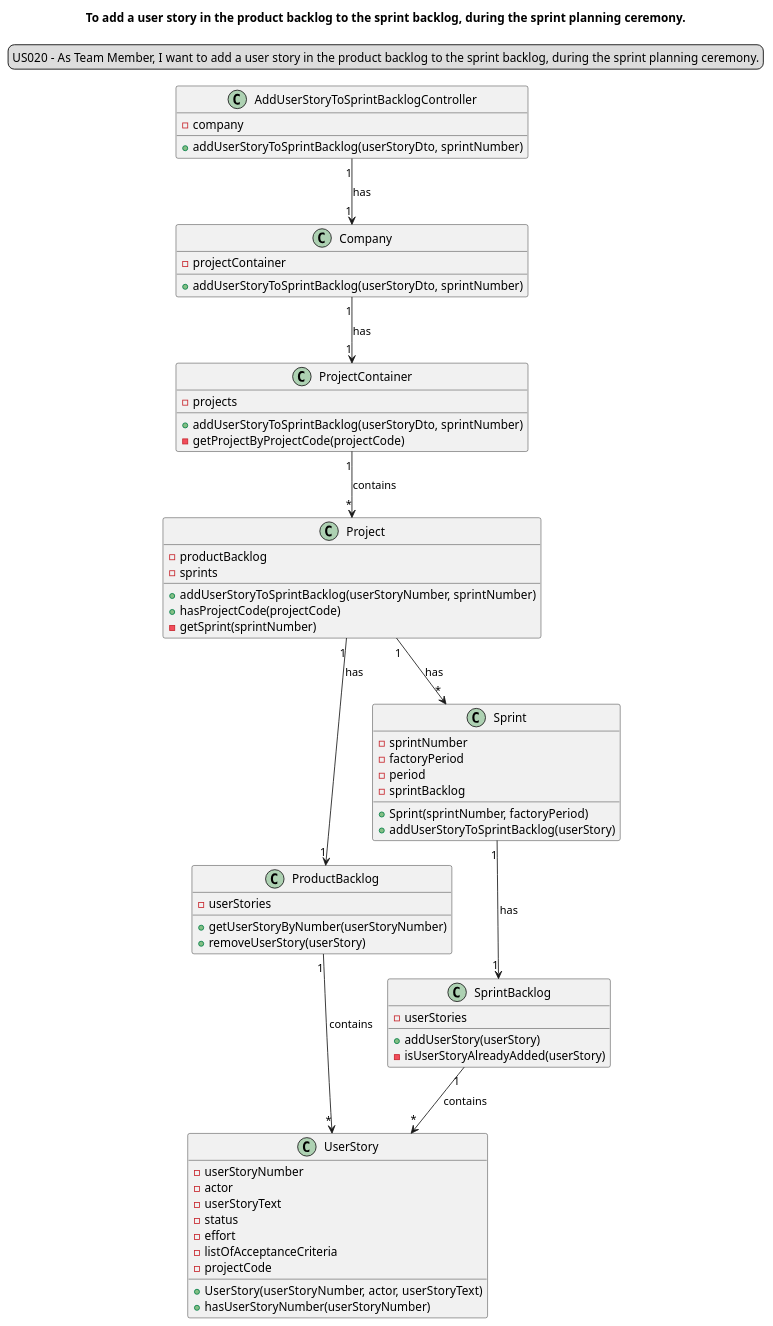
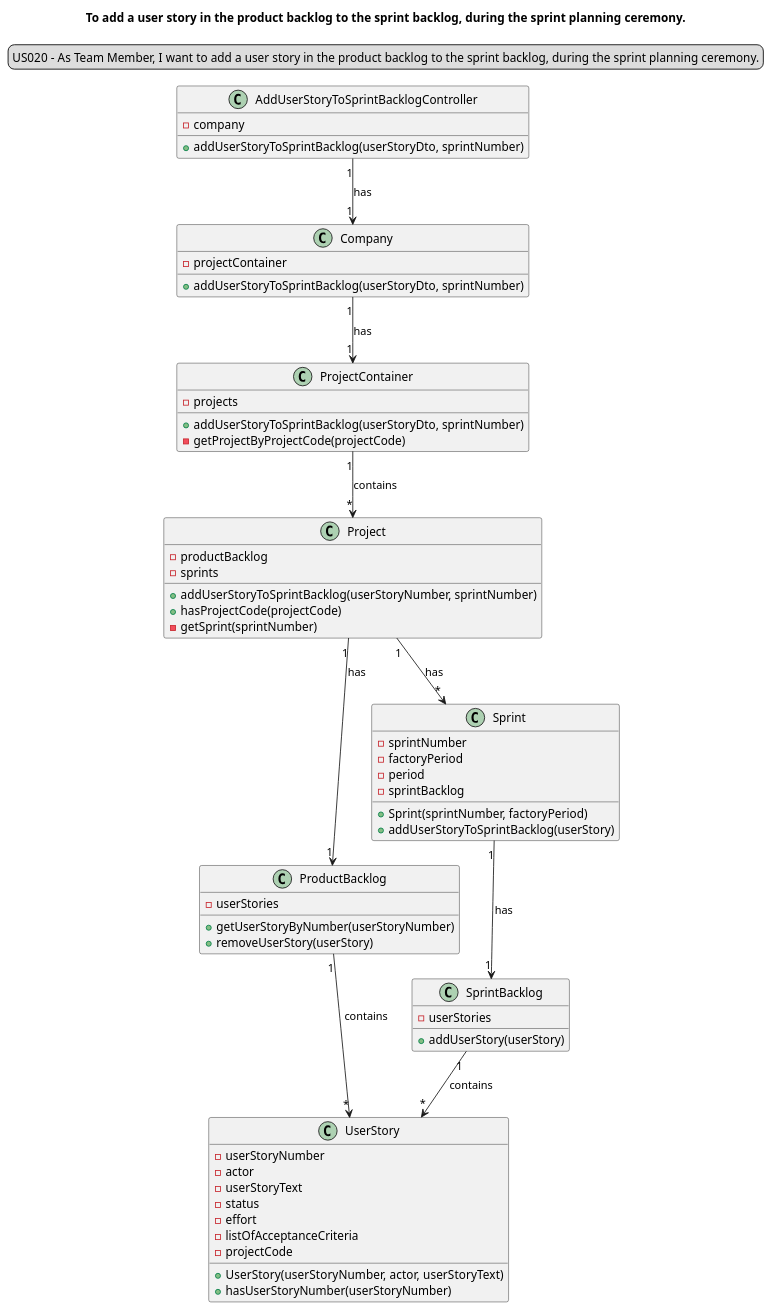
Before and after one commit to Loracline/project_switch_22-23: the diagram in docs/modelling_design/user_stories/sprint03/us020/US020_classDiagram.puml, drawn with PlantUML.

Commit message:
US20: Design : update Class Diagram: removed unused method in SprintBacklog Class. references #103

```diff
--- a/docs/modelling_design/user_stories/sprint03/us020/US020_classDiagram.puml
+++ b/docs/modelling_design/user_stories/sprint03/us020/US020_classDiagram.puml
@@ -1,75 +1,74 @@
 @startuml
 'https://plantuml.com/sequence-diagram
 legend top
 US020 - As Team Member, I want to add a user story in the product backlog to the sprint backlog, during the sprint planning ceremony.
 end legend
 skinparam sequenceMessageAlign center
 title  To add a user story in the product backlog to the sprint backlog, during the sprint planning ceremony.
 
 class "AddUserStoryToSprintBacklogController" {
 - company
 + addUserStoryToSprintBacklog(userStoryDto, sprintNumber)
 }
 
 class "Company" {
 - projectContainer
 + addUserStoryToSprintBacklog(userStoryDto, sprintNumber)
 }
 class "ProjectContainer" {
 - projects
 + addUserStoryToSprintBacklog(userStoryDto, sprintNumber)
 - getProjectByProjectCode(projectCode)
 
 }
 
 class "Project"{
 - productBacklog
 - sprints
 + addUserStoryToSprintBacklog(userStoryNumber, sprintNumber)
 + hasProjectCode(projectCode)
 - getSprint(sprintNumber)
 }
 
 class "ProductBacklog" {
 - userStories
 + getUserStoryByNumber(userStoryNumber)
 + removeUserStory(userStory)
 }
 
 class "UserStory"{
 - userStoryNumber
 - actor
 - userStoryText
 - status
 - effort
 - listOfAcceptanceCriteria
 - projectCode
 + UserStory(userStoryNumber, actor, userStoryText)
 + hasUserStoryNumber(userStoryNumber)
 }
 
 class "Sprint"{
 - sprintNumber
 - factoryPeriod
 - period
 - sprintBacklog
 + Sprint(sprintNumber, factoryPeriod)
 + addUserStoryToSprintBacklog(userStory)
 }
 
 class "SprintBacklog" {
 - userStories
 +addUserStory(userStory)
-- isUserStoryAlreadyAdded(userStory)
 }
 
 "AddUserStoryToSprintBacklogController" "1"-->"1" "Company": has
 "Company" "1"--> "1" "ProjectContainer": has
 "ProjectContainer" "1"-->"*" "Project": contains
 "Project" "1" -->"1" "ProductBacklog": has
 "Project" "1" -->"*" "Sprint": has
 "Sprint" "1" --> "1" "SprintBacklog": has
 "SprintBacklog" "1" --> "*" UserStory: contains
 "ProductBacklog" "1" --> "*" "UserStory" : contains
 
 @enduml
```
